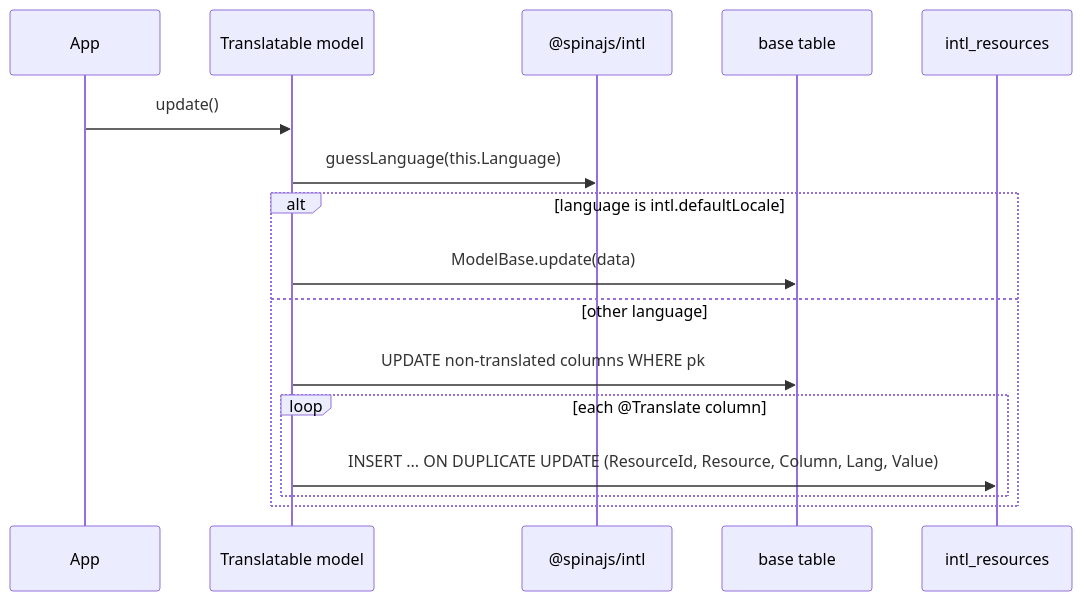
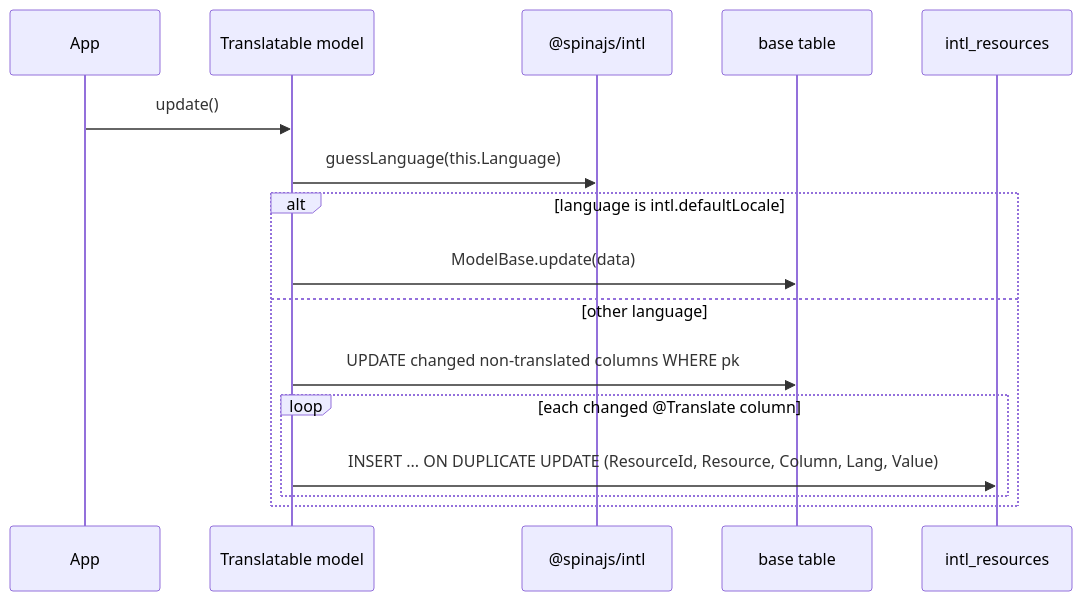
One commit to spinajs/main changed the diagram in docs/intl-orm/01-translatable-models.md. Above: the diagram before and after it, drawn with Mermaid. The commit also changed other lines of this file and 10 other files, not shown here.

````diff
--- a/docs/intl-orm/01-translatable-models.md
+++ b/docs/intl-orm/01-translatable-models.md
@@ -30,18 +31,18 @@
 ```mermaid
 sequenceDiagram
   participant App
   participant M as Translatable model
   participant Intl as @spinajs/intl
   participant DB as base table
   participant R as intl_resources
   App->>M: update()
   M->>Intl: guessLanguage(this.Language)
   alt language is intl.defaultLocale
     M->>DB: ModelBase.update(data)
   else other language
-    M->>DB: UPDATE non-translated columns WHERE pk
-    loop each @Translate column
+    M->>DB: UPDATE changed non-translated columns WHERE pk
+    loop each changed @Translate column
       M->>R: INSERT ... ON DUPLICATE UPDATE (ResourceId, Resource, Column, Lang, Value)
     end
   end
 ```
````
